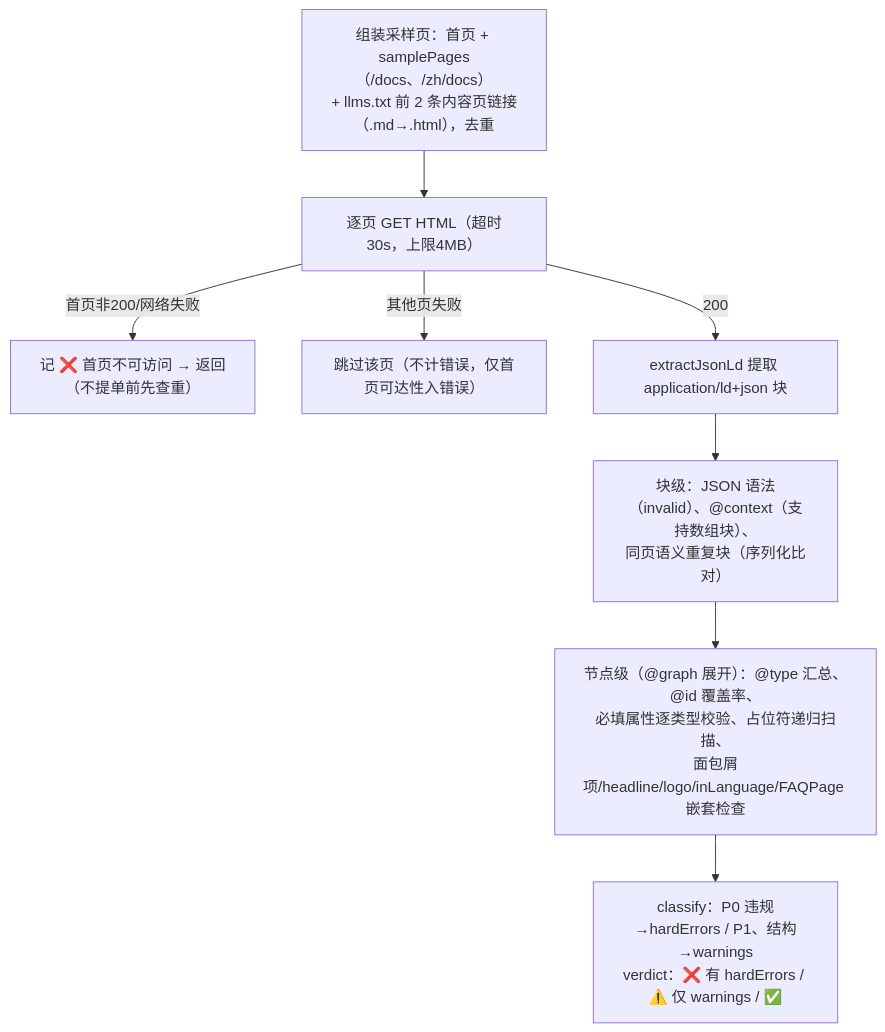
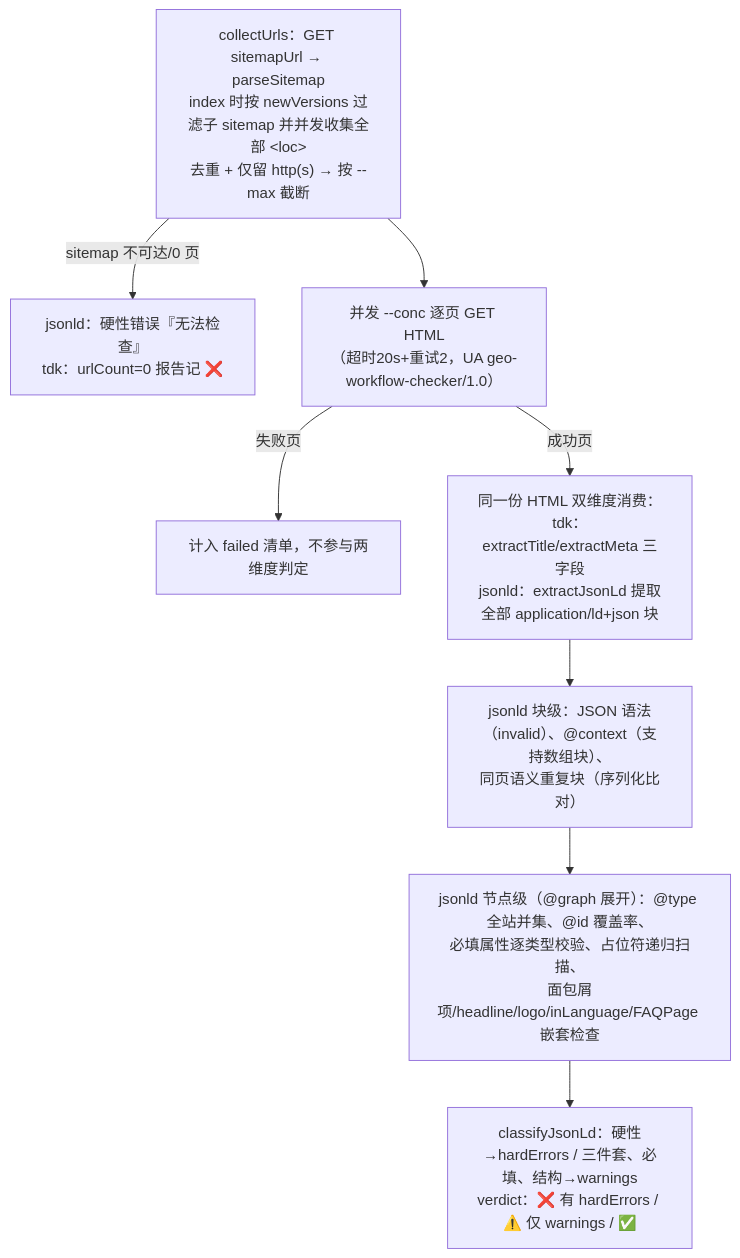
The second of 2 diagrams in measures/04-json-ld/工具与脚本.md (opensourceways/daily-check-workflow), drawn with Mermaid before and after one commit. The commit also changed other lines of this file and 19 other files, not shown here.

````diff
--- a/measures/04-json-ld/工具与脚本.md
+++ b/measures/04-json-ld/工具与脚本.md
@@ -110,10 +120,10 @@
 ```mermaid
 flowchart TD
-    A["组装采样页：首页 + samplePages（/docs、/zh/docs）<br/>+ llms.txt 前 2 条内容页链接（.md→.html），去重"] --> F["逐页 GET HTML（超时30s，上限4MB）"]
-    F -->|"首页非200/网络失败"| E1["记 ❌ 首页不可访问 → 返回（不提单前先查重）"]
-    F -->|"其他页失败"| X0["跳过该页（不计错误，仅首页可达性入错误）"]
-    F -->|"200"| B["extractJsonLd 提取 application/ld+json 块"]
-    B --> C1["块级：JSON 语法（invalid）、@context（支持数组块）、<br/>同页语义重复块（序列化比对）"]
-    C1 --> C2["节点级（@graph 展开）：@type 汇总、@id 覆盖率、<br/>必填属性逐类型校验、占位符递归扫描、<br/>面包屑项/headline/logo/inLanguage/FAQPage 嵌套检查"]
-    C2 --> V["classify：P0 违规→hardErrors / P1、结构→warnings<br/>verdict：❌ 有 hardErrors / ⚠️ 仅 warnings / ✅"]
+    A["collectUrls：GET sitemapUrl → parseSitemap<br/>index 时按 newVersions 过滤子 sitemap 并并发收集全部 &lt;loc&gt;<br/>去重 + 仅留 http(s) → 按 --max 截断"] -->|"sitemap 不可达/0 页"| E0["jsonld：硬性错误『无法检查』<br/>tdk：urlCount=0 报告记 ❌"]
+    A --> B["并发 --conc 逐页 GET HTML<br/>（超时20s+重试2，UA geo-workflow-checker/1.0）"]
+    B -->|"失败页"| X1["计入 failed 清单，不参与两维度判定"]
+    B -->|"成功页"| X2["同一份 HTML 双维度消费：<br/>tdk：extractTitle/extractMeta 三字段<br/>jsonld：extractJsonLd 提取全部 application/ld+json 块"]
+    X2 --> C1["jsonld 块级：JSON 语法（invalid）、@context（支持数组块）、<br/>同页语义重复块（序列化比对）"]
+    C1 --> C2["jsonld 节点级（@graph 展开）：@type 全站并集、@id 覆盖率、<br/>必填属性逐类型校验、占位符递归扫描、<br/>面包屑项/headline/logo/inLanguage/FAQPage 嵌套检查"]
+    C2 --> V["classifyJsonLd：硬性→hardErrors / 三件套、必填、结构→warnings<br/>verdict：❌ 有 hardErrors / ⚠️ 仅 warnings / ✅"]
 ```
````
